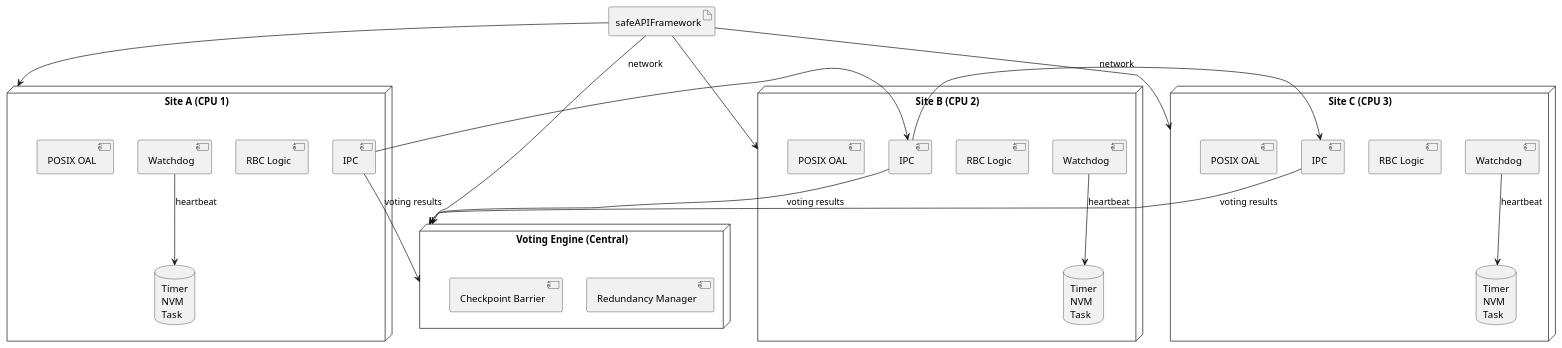
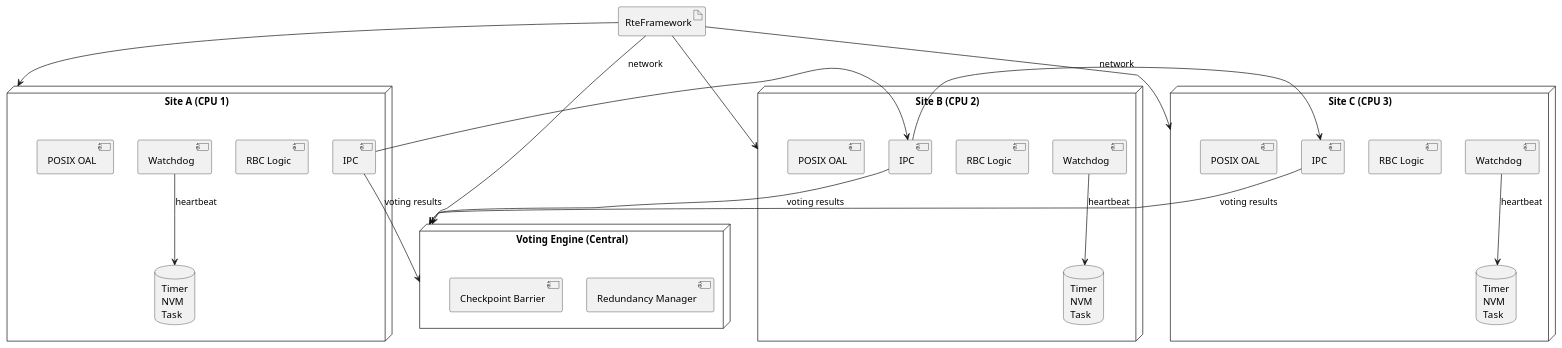
Before and after one commit to bula173/Platform_RTE: the fifth of 11 diagrams in docs/architecture/DIAGRAMS_GUIDE.md, drawn with PlantUML. The commit also changed other lines of this file and 339 other files, not shown here.

````diff
--- a/docs/architecture/DIAGRAMS_GUIDE.md
+++ b/docs/architecture/DIAGRAMS_GUIDE.md
@@ -275,50 +275,50 @@
 ```plantuml
 @startuml deployment-2oo3
-artifact "safeAPIFramework" as rte_lib
+artifact "RteFramework" as rte_lib
 
 node "Site A (CPU 1)" as siteA {
     component [RBC Logic] as rbcA
     component [IPC] as ipcA
     component [Watchdog] as wdA
     component [POSIX OAL] as oalA
     database "Timer\nNVM\nTask" as osal_a
 }
 
 node "Site B (CPU 2)" as siteB {
     component [RBC Logic] as rbcB
     component [IPC] as ipcB
     component [Watchdog] as wdB
     component [POSIX OAL] as oalB
     database "Timer\nNVM\nTask" as osal_b
 }
 
 node "Site C (CPU 3)" as siteC {
     component [RBC Logic] as rbcC
     component [IPC] as ipcC
     component [Watchdog] as wdC
     component [POSIX OAL] as oalC
     database "Timer\nNVM\nTask" as osal_c
 }
 
 node "Voting Engine (Central)" as voter {
     component [Redundancy Manager] as voting
     component [Checkpoint Barrier] as ckpt
 }
 
 rte_lib --> siteA
 rte_lib --> siteB
 rte_lib --> siteC
 rte_lib --> voter
 
 ipcA -right-> ipcB: network
 ipcB -right-> ipcC: network
 ipcA -down-> voter: voting results
 ipcB -down-> voter: voting results
 ipcC -down-> voter: voting results
 
 wdA -down-> osal_a: heartbeat
 wdB -down-> osal_b: heartbeat
 wdC -down-> osal_c: heartbeat
 
 @enduml
 ```
````
